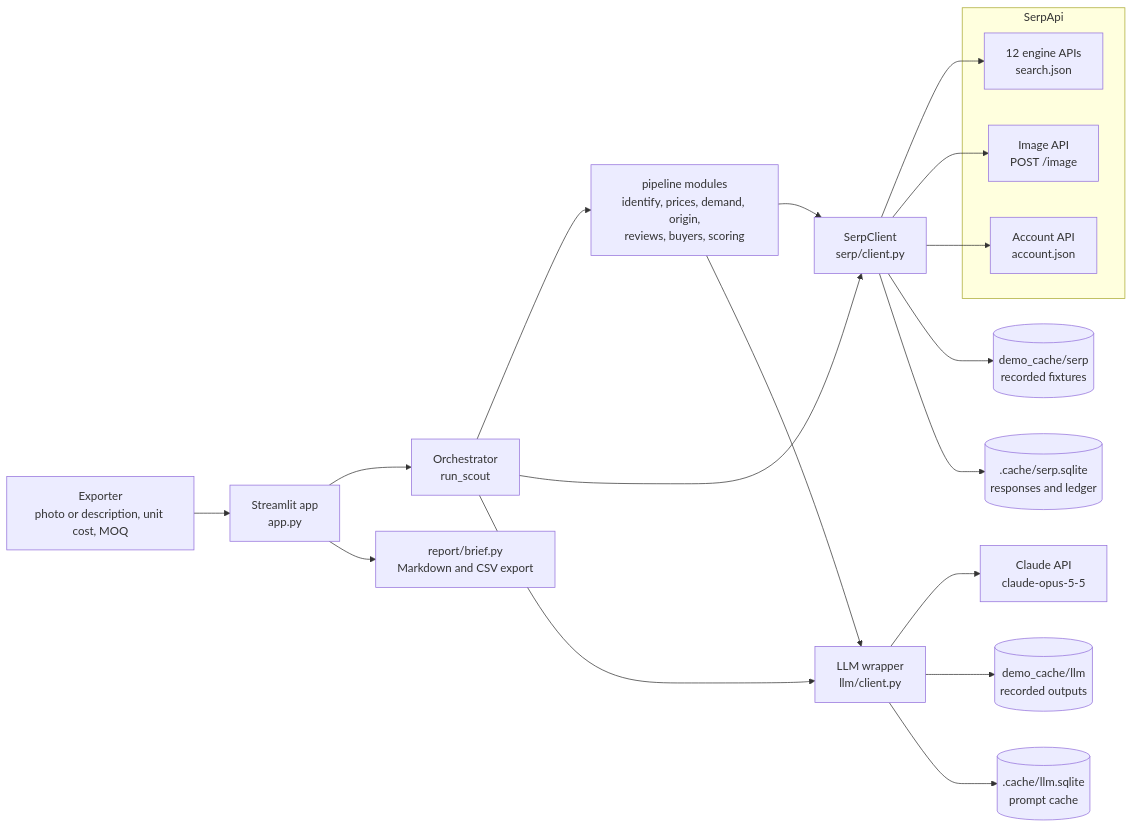
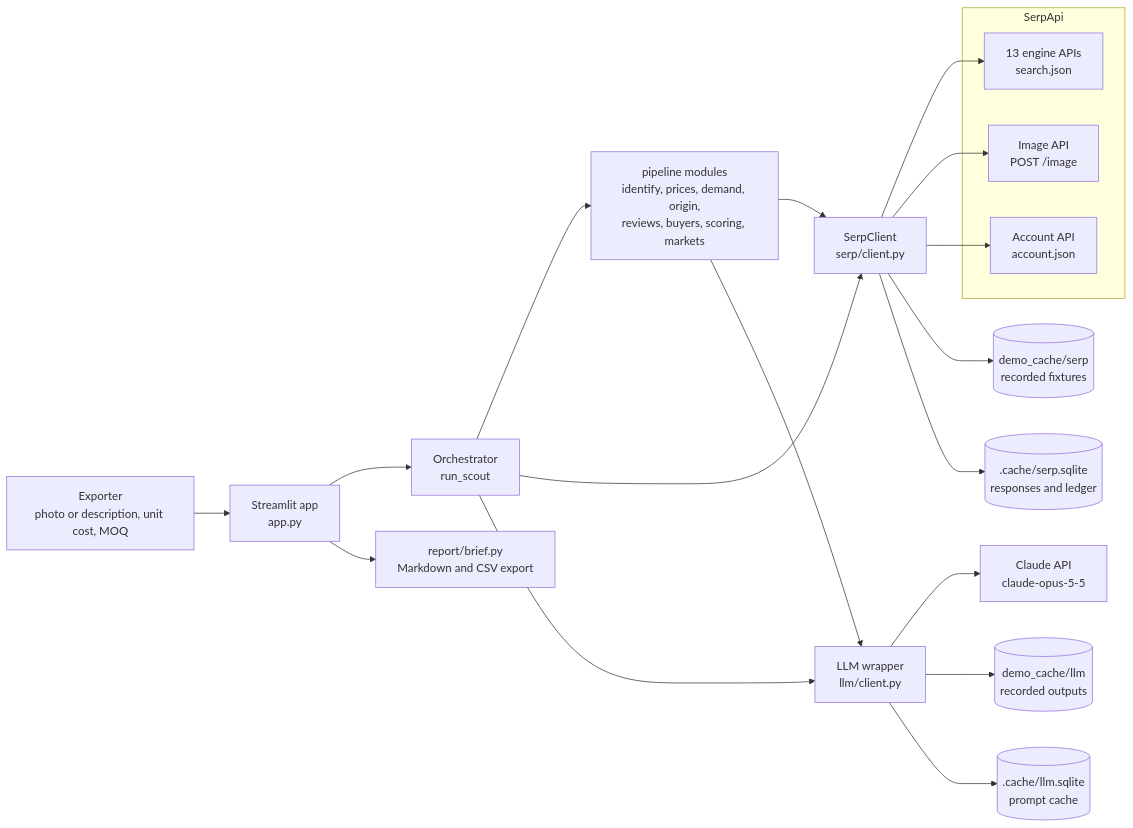
One commit to bhuvanesh15/ExportScout changed the first of 7 diagrams in docs/ARCHITECTURE.md. Above: the diagram before and after it, drawn with Mermaid. The commit also changed other lines of this file and 62 other files, not shown here.

````diff
--- a/docs/ARCHITECTURE.md
+++ b/docs/ARCHITECTURE.md
@@ -41,24 +41,24 @@
 ```mermaid
 flowchart LR
   EXP["Exporter<br/>photo or description, unit cost, MOQ"] --> APP["Streamlit app<br/>app.py"]
   APP --> ORC["Orchestrator<br/>run_scout"]
   APP --> REP["report/brief.py<br/>Markdown and CSV export"]
-  ORC --> PIPE["pipeline modules<br/>identify, prices, demand, origin,<br/>reviews, buyers, scoring"]
+  ORC --> PIPE["pipeline modules<br/>identify, prices, demand, origin,<br/>reviews, buyers, scoring, markets"]
   ORC --> SC["SerpClient<br/>serp/client.py"]
   PIPE --> SC
   PIPE --> LLMC["LLM wrapper<br/>llm/client.py"]
   ORC --> LLMC
   subgraph SA["SerpApi"]
-    ENG["12 engine APIs<br/>search.json"]
+    ENG["13 engine APIs<br/>search.json"]
     IMGAPI["Image API<br/>POST /image"]
     ACC["Account API<br/>account.json"]
   end
   SC --> ENG
   SC --> IMGAPI
   SC --> ACC
   LLMC --> CL["Claude API<br/>claude-opus-5-5"]
   SC --> FX1[("demo_cache/serp<br/>recorded fixtures")]
   SC --> DB1[(".cache/serp.sqlite<br/>responses and ledger")]
   LLMC --> FX2[("demo_cache/llm<br/>recorded outputs")]
   LLMC --> DB2[(".cache/llm.sqlite<br/>prompt cache")]
 ```
````
